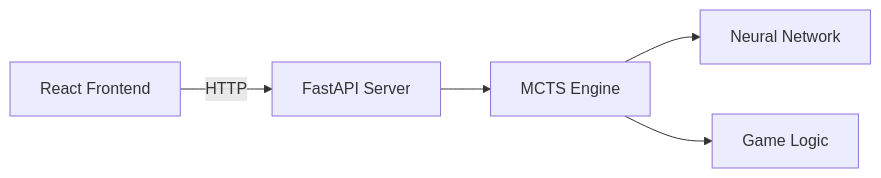
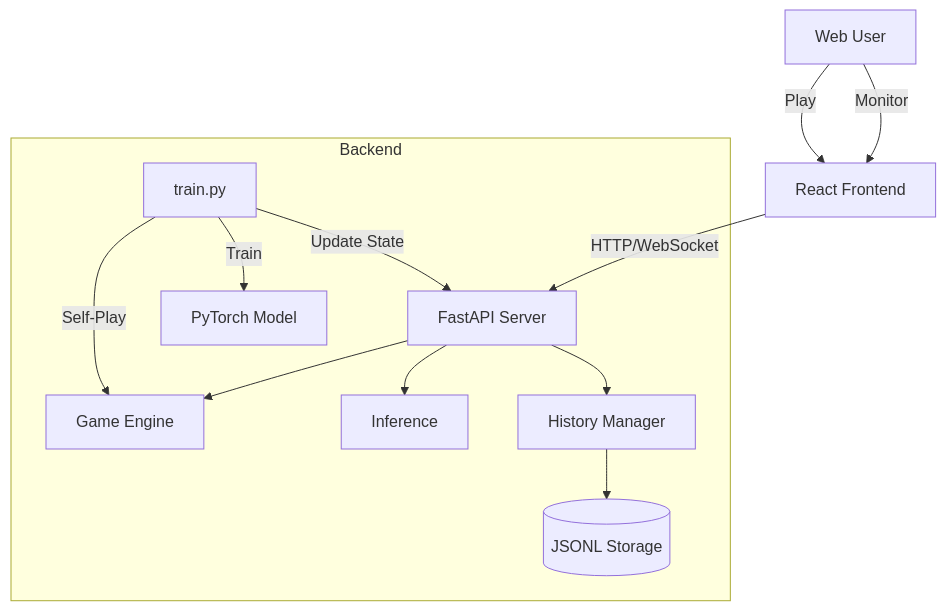
The diagram in doc/architecture.md (ShouxinZhang/AI4Edu-XiangQi), drawn with Mermaid before and after one commit. The commit also changed other lines of this file and 128 other files, not shown here.

````diff
--- a/doc/architecture.md
+++ b/doc/architecture.md
@@ -147,7 +281,18 @@
 ```mermaid
-graph LR
-    A[React Frontend] -->|HTTP| B[FastAPI Server]
-    B --> C[MCTS Engine]
-    C --> D[Neural Network]
-    C --> E[Game Logic]
+graph TD
+    User[Web User] -->|Play| ReactApp[React Frontend]
+    User -->|Monitor| ReactApp
+    
+    ReactApp -->|HTTP/WebSocket| Server[FastAPI Server]
+    
+    subgraph Backend
+        Server --> Eng[Game Engine]
+        Server --> AI[Inference]
+        Server --> Hist[History Manager]
+        Hist --> Stor[(JSONL Storage)]
+        
+        Trainer[train.py] -->|Self-Play| Eng
+        Trainer -->|Train| Model[PyTorch Model]
+        Trainer -->|Update State| Server
+    end
 ```
````
